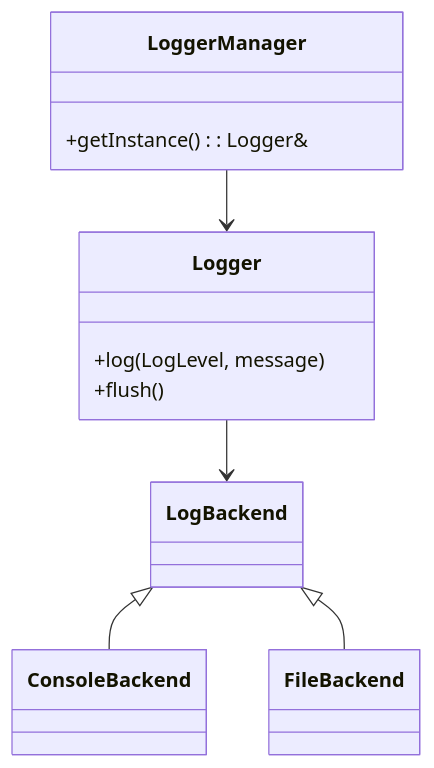
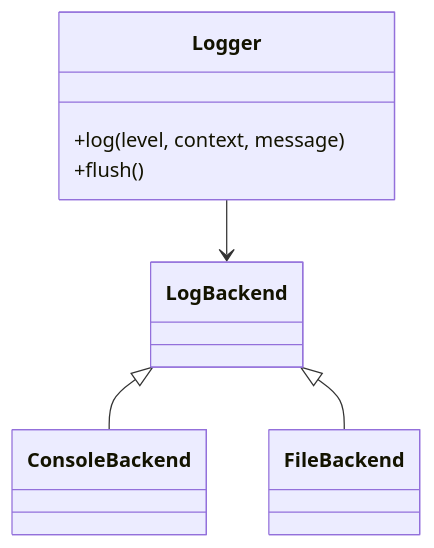
Before and after one commit to MikeDanton/MyLogger: the first of 2 diagrams in readme.md, drawn with Mermaid. The commit also changed other lines of this file and 48 other files, not shown here.

````diff
--- a/readme.md
+++ b/readme.md
@@ -121,18 +101,14 @@
 ```mermaid
 classDiagram
-    class LoggerManager {
-        +getInstance() : Logger&
-    }
     class Logger {
-        +log(LogLevel, message)
+        +log(level, context, message)
         +flush()
     }
     class LogBackend
     class ConsoleBackend
     class FileBackend
 
-    LoggerManager --> Logger
     Logger --> LogBackend
     LogBackend <|-- ConsoleBackend
     LogBackend <|-- FileBackend
 ```
````
